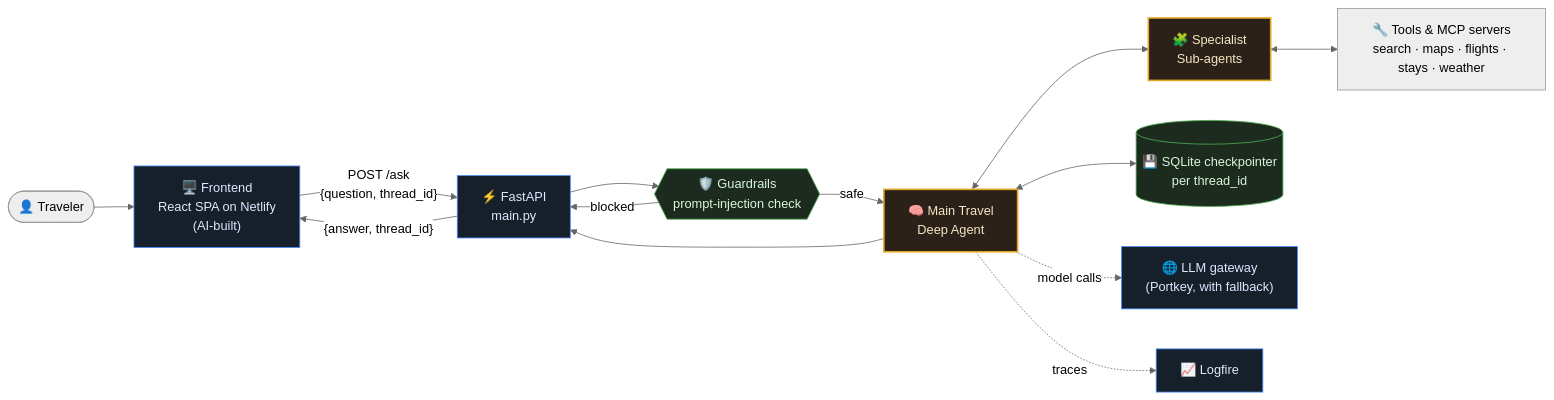
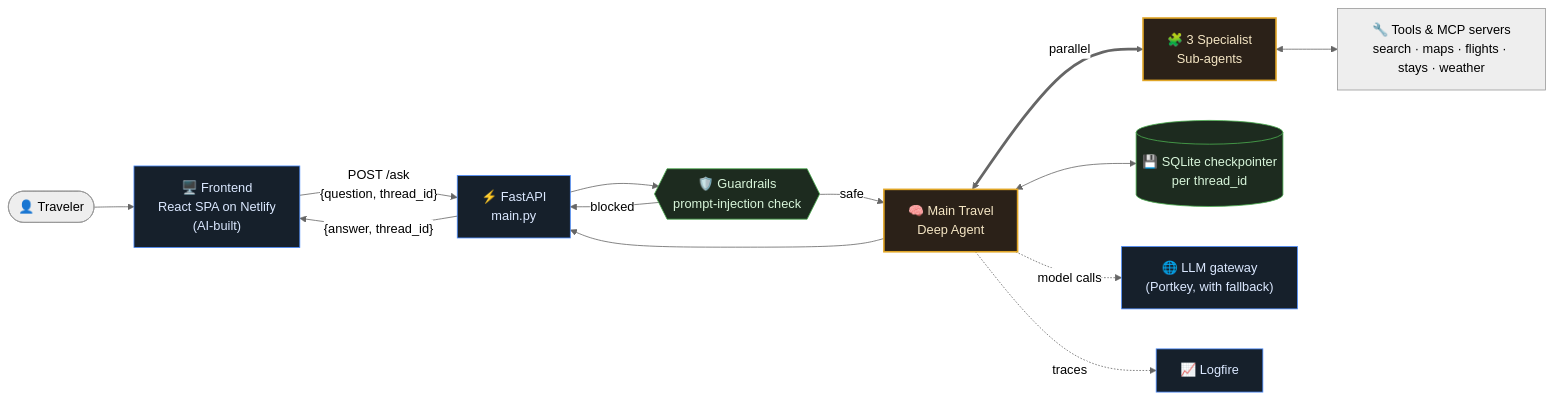
Before and after one commit to yadavnitesh86/Waynora: the first of 6 diagrams in README.md, drawn with Mermaid (neutral theme). The commit also changed other lines of this file, not shown here.

````diff
--- a/README.md
+++ b/README.md
@@ -55,22 +56,22 @@
 ```mermaid
 flowchart LR
     U(["👤 Traveler"]) --> FE["🖥️ Frontend<br/>React SPA on Netlify<br/>(AI-built)"]
     FE -- "POST /ask<br/>{question, thread_id}" --> API["⚡ FastAPI<br/>main.py"]
     API --> G{{"🛡️ Guardrails<br/>prompt-injection check"}}
     G -- safe --> DA["🧠 Main Travel<br/>Deep Agent"]
     G -- blocked --> API
-    DA <--> SA["🧩 Specialist<br/>Sub-agents"]
+    DA <== "parallel" ==> SA["🧩 3 Specialist<br/>Sub-agents"]
     SA <--> T["🔧 Tools & MCP servers<br/>search · maps · flights · stays · weather"]
     DA <--> CP[("💾 SQLite checkpointer<br/>per thread_id")]
     DA -. "model calls" .-> GW["🌐 LLM gateway<br/>(Portkey, with fallback)"]
     DA -. traces .-> LF["📈 Logfire"]
     DA --> API
     API -- "{answer, thread_id}" --> FE
 
     classDef core fill:#2b2118,stroke:#e0a526,color:#f5e6c4,stroke-width:2px;
     classDef edge fill:#16202b,stroke:#4c8dff,color:#dbe8ff;
     classDef safe fill:#1d2b1f,stroke:#4caf50,color:#d8f5da;
     class DA,SA core;
     class FE,API,GW,LF edge;
     class G,CP safe;
 ```
````
